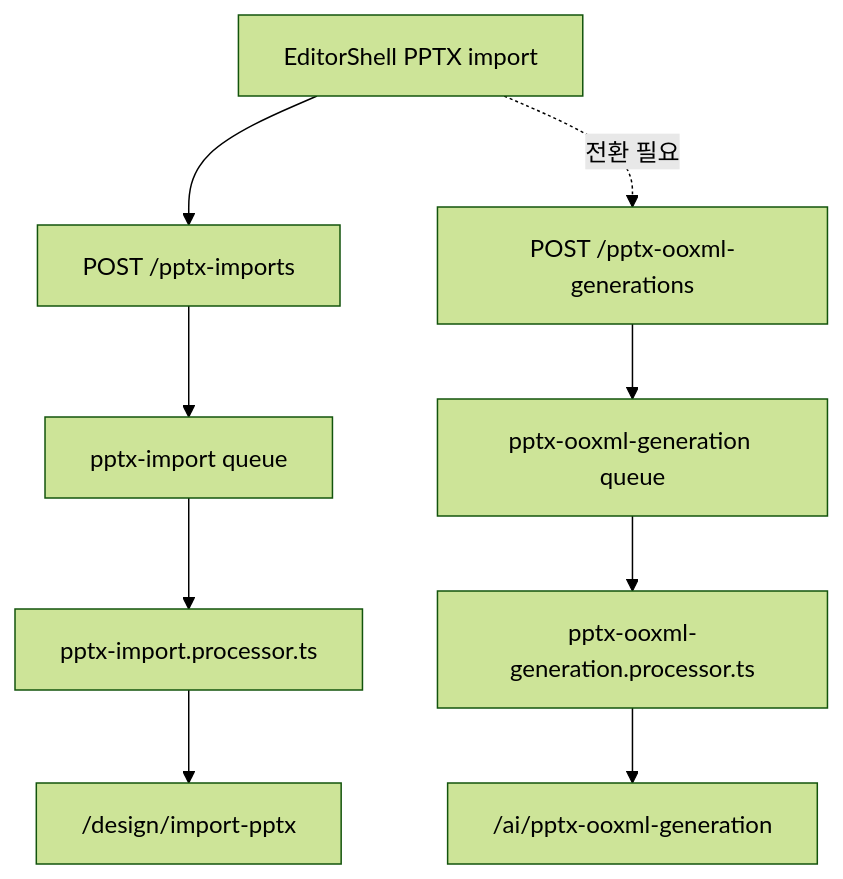
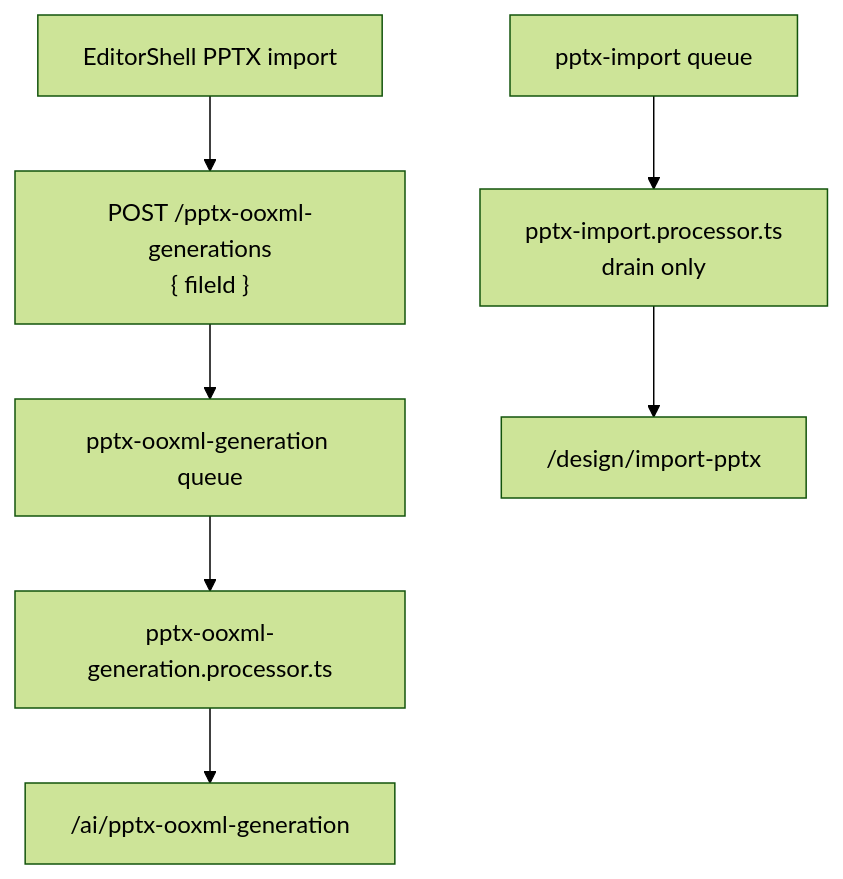
The second of 8 diagrams in docs/plans/generate-deck-separation-before-issue-338.md (na-man-mu-303-team2/Orbit), drawn with Mermaid (forest theme) before and after one commit. The commit also changed other lines of this file and 4 other files, not shown here.

````diff
--- a/docs/plans/generate-deck-separation-before-issue-338.md
+++ b/docs/plans/generate-deck-separation-before-issue-338.md
@@ -89,12 +89,10 @@
 ```mermaid
 flowchart TD
-    UI["EditorShell PPTX import"] --> OLD_API["POST /pptx-imports"]
-    OLD_API --> OLD_Q["pptx-import queue"]
-    OLD_Q --> OLD_P["pptx-import.processor.ts"]
-    OLD_P --> OLD_PY["/design/import-pptx"]
-
-    UI -. "전환 필요" .-> NEW_API["POST /pptx-ooxml-generations"]
+    UI["EditorShell PPTX import"] --> NEW_API["POST /pptx-ooxml-generations<br/>{ fileId }"]
     NEW_API --> NEW_Q["pptx-ooxml-generation queue"]
     NEW_Q --> NEW_P["pptx-ooxml-generation.processor.ts"]
     NEW_P --> NEW_PY["/ai/pptx-ooxml-generation"]
+
+    OLD_Q["pptx-import queue"] --> OLD_P["pptx-import.processor.ts<br/>drain only"]
+    OLD_P --> OLD_PY["/design/import-pptx"]
 ```
````
